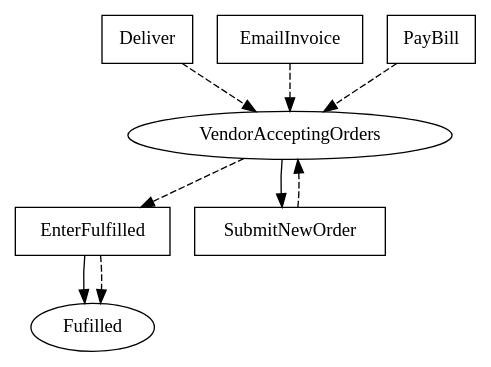
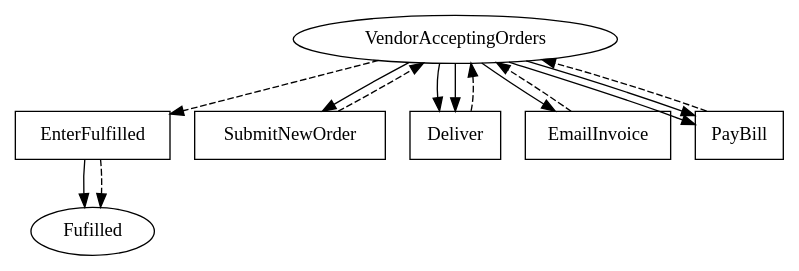
Before and after one commit to Marcao02/complaw-deeptech: the diagram in linear_state_machine_language/pyL4/examples_graphviz_out/from_academic_lit/hvitved_master_sales_agreement_full_with_ids_and_obligation_objects.dot, drawn with Graphviz. The commit also changed 23 other files, not shown here.

```diff
--- a/linear_state_machine_language/pyL4/examples_graphviz_out/from_academic_lit/hvitved_master_sales_agreement_full_with_ids_and_obligation_objects.dot
+++ b/linear_state_machine_language/pyL4/examples_graphviz_out/from_academic_lit/hvitved_master_sales_agreement_full_with_ids_and_obligation_objects.dot
@@ -1,27 +1,32 @@
 // THIS IS A GENERATED FILE. DO NOT EDIT.
 
 digraph Master_Sales_Agreement {    
     Fulfilled[label=Fufilled];
     VendorAcceptingOrders[label=VendorAcceptingOrders]
     
     EnterFulfilled[label=EnterFufilled,shape=box]; 
     SubmitNewOrder[label=SubmitNewOrder,shape=box];
 	Deliver[label=Deliver,shape=box];
 	EmailInvoice[label=EmailInvoice,shape=box];
 	PayBill[label=PayBill,shape=box];
 	EnterFulfilled[label=EnterFulfilled,shape=box]    
     
     EnterFulfilled -> Fulfilled;
     
     VendorAcceptingOrders -> SubmitNewOrder;
-	VendorAcceptingOrders -> EnterFulfilled [style=dashed]
+	VendorAcceptingOrders -> PayBill;
+	VendorAcceptingOrders -> PayBill;
+	VendorAcceptingOrders -> EnterFulfilled [style=dashed];
+	VendorAcceptingOrders -> Deliver;
+	VendorAcceptingOrders -> Deliver;
+	VendorAcceptingOrders -> EmailInvoice
     
     SubmitNewOrder -> VendorAcceptingOrders [style=dashed];
 	Deliver -> VendorAcceptingOrders [style=dashed];
 	EmailInvoice -> VendorAcceptingOrders [style=dashed];
 	PayBill -> VendorAcceptingOrders [style=dashed];
 	EnterFulfilled -> Fulfilled [style=dashed];
 	     
     
        
 }
```
